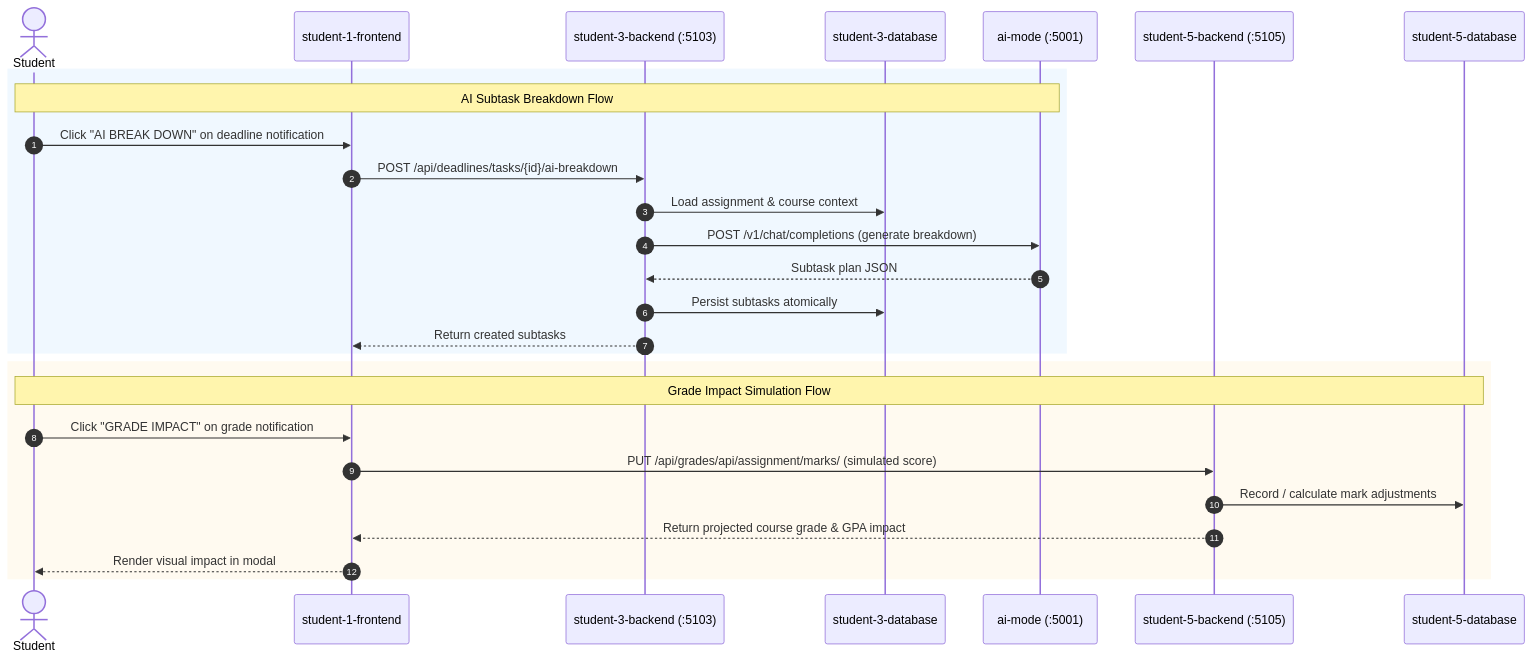
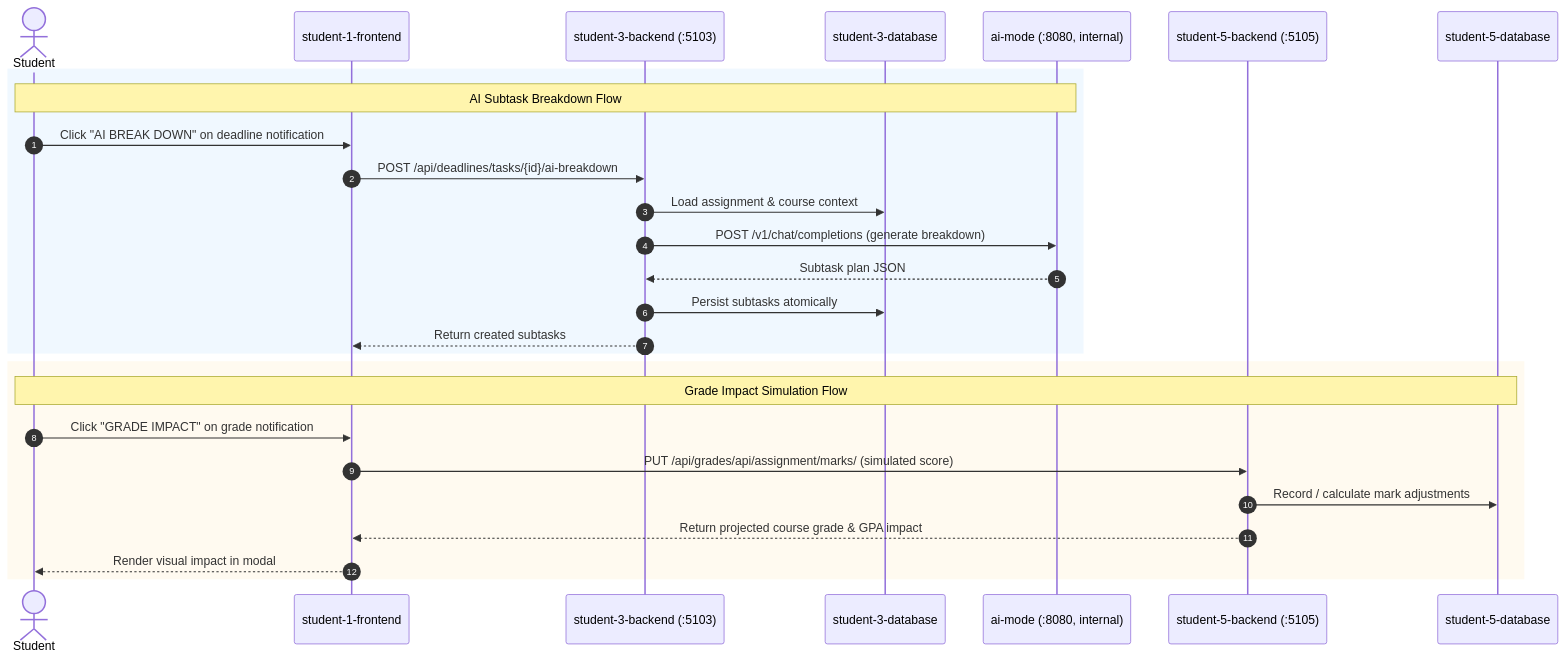
One commit to AmAComputerNerd/41026--software-development-project changed the seventh of 7 diagrams in docs/architecture/data-flows.md. Above: the diagram before and after it, drawn with Mermaid. The commit also changed other lines of this file and 31 other files, not shown here.

````diff
--- a/docs/architecture/data-flows.md
+++ b/docs/architecture/data-flows.md
@@ -169,31 +169,31 @@
 ```mermaid
 sequenceDiagram
     autonumber
     actor User as Student
     participant S1 as student-1-frontend
     participant S3 as student-3-backend (:5103)
     participant S3DB as student-3-database
-    participant AIM as ai-mode (:5001)
+    participant AIM as ai-mode (:8080, internal)
     participant S5 as student-5-backend (:5105)
     participant S5DB as student-5-database
 
     rect rgb(240, 248, 255)
         note over User,AIM: AI Subtask Breakdown Flow
         User->>S1: Click "AI BREAK DOWN" on deadline notification
         S1->>S3: POST /api/deadlines/tasks/{id}/ai-breakdown
         S3->>S3DB: Load assignment & course context
         S3->>AIM: POST /v1/chat/completions (generate breakdown)
         AIM-->>S3: Subtask plan JSON
         S3->>S3DB: Persist subtasks atomically
         S3-->>S1: Return created subtasks
     end
 
     rect rgb(255, 250, 240)
         note over User,S5DB: Grade Impact Simulation Flow
         User->>S1: Click "GRADE IMPACT" on grade notification
         S1->>S5: PUT /api/grades/api/assignment/marks/ (simulated score)
         S5->>S5DB: Record / calculate mark adjustments
         S5-->>S1: Return projected course grade & GPA impact
         S1-->>User: Render visual impact in modal
     end
 ```
````
